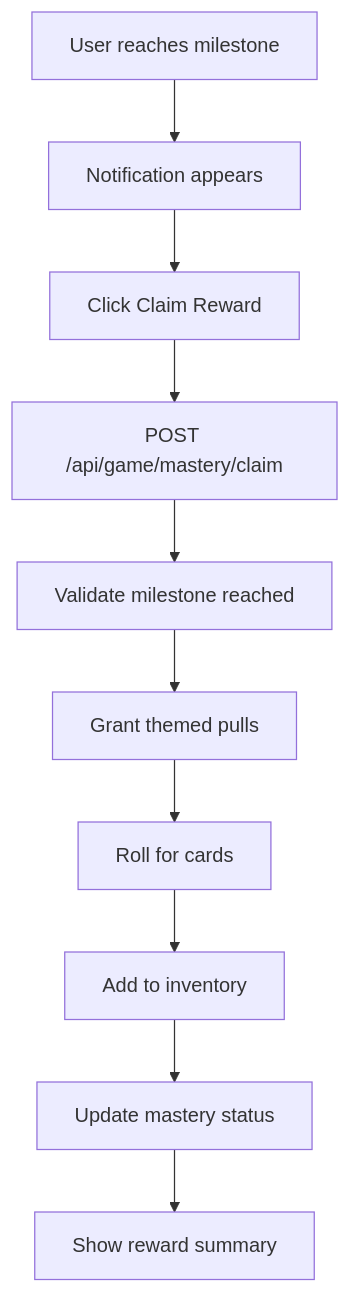
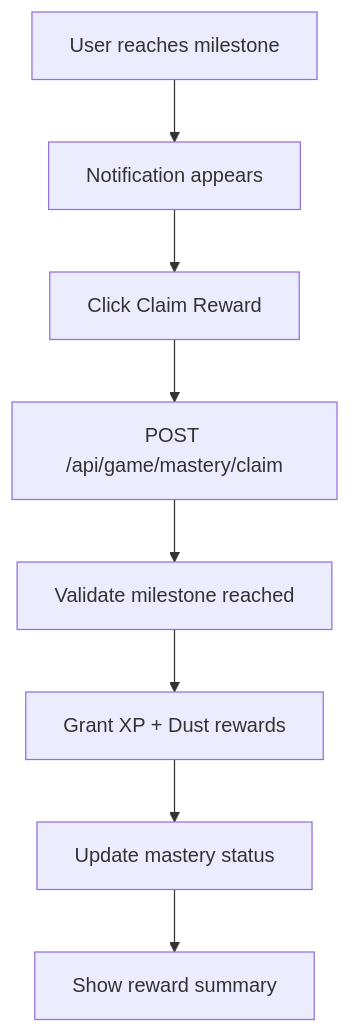
One commit to NoobSambit/ARMYVERSE2 changed the third of 3 diagrams in docs/features/game-system.md. Above: the diagram before and after it, drawn with Mermaid. The commit also changed other lines of this file and 76 other files, not shown here.

````diff
--- a/docs/features/game-system.md
+++ b/docs/features/game-system.md
@@ -192,12 +153,10 @@
 ```mermaid
 graph TD
     A[User reaches milestone] --> B[Notification appears]
     B --> C[Click Claim Reward]
     C --> D[POST /api/game/mastery/claim]
     D --> E[Validate milestone reached]
-    E --> F[Grant themed pulls]
-    F --> G[Roll for cards]
-    G --> H[Add to inventory]
-    H --> I[Update mastery status]
-    I --> J[Show reward summary]
+    E --> F[Grant XP + Dust rewards]
+    F --> G[Update mastery status]
+    G --> H[Show reward summary]
 ```
````
